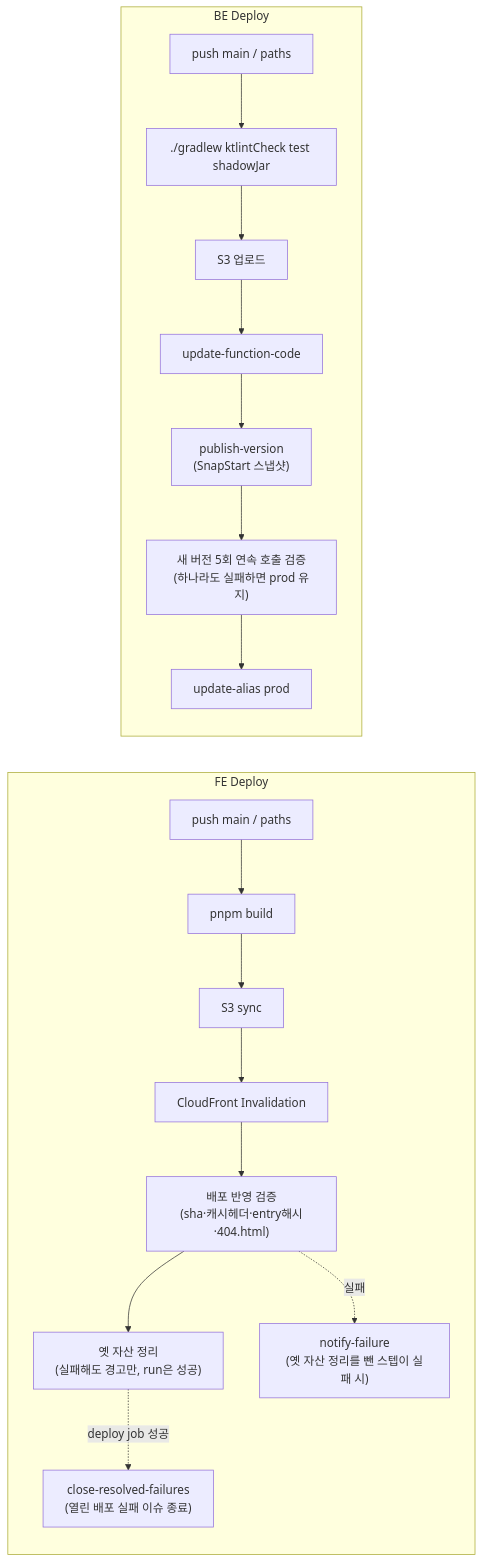
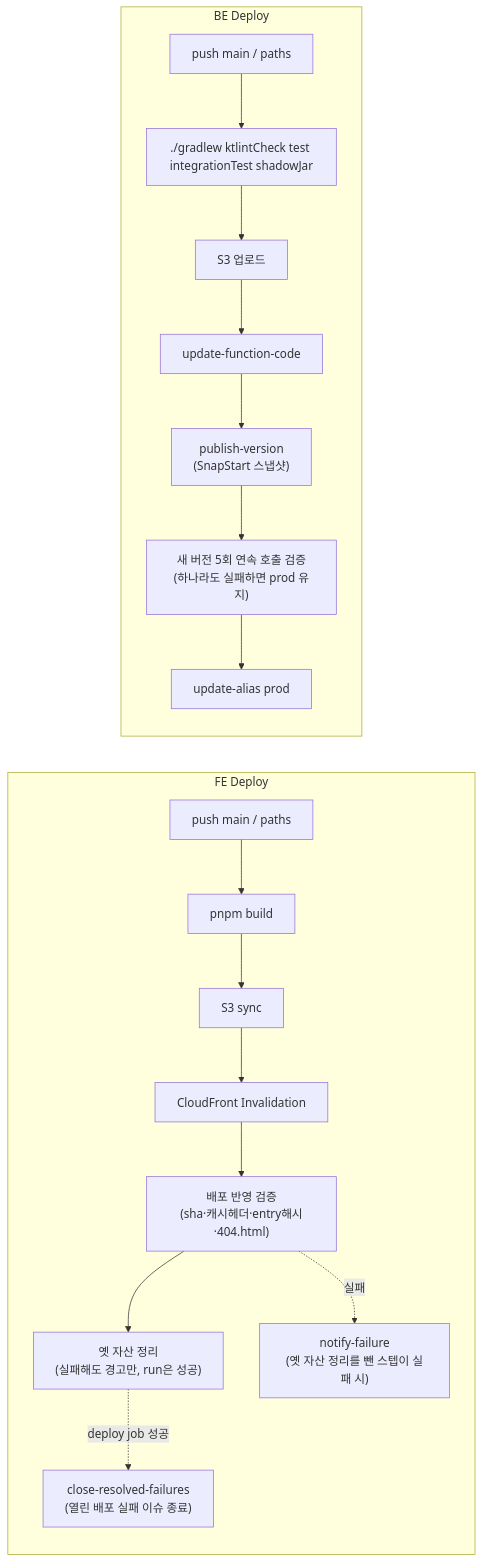
The second of 4 diagrams in docs/SYSTEM-ARCHITECTURE.md (BAECHAN/link-sphere_FE_NEW), drawn with Mermaid before and after one commit. The commit also changed other lines of this file and 1 other file, not shown here.

First line of the commit message:
docs(test): FE·BE 테스트 구성과 업계 기준 비교를 TESTING.md에 추가 (#464)

````diff
--- a/docs/SYSTEM-ARCHITECTURE.md
+++ b/docs/SYSTEM-ARCHITECTURE.md
@@ -128,26 +128,26 @@
 ```mermaid
 flowchart LR
   subgraph fe_deploy [FE Deploy]
     FE_Trigger["push main / paths"]
     FE_Build["pnpm build"]
     FE_S3["S3 sync"]
     FE_CF["CloudFront Invalidation"]
     FE_Verify["배포 반영 검증<br/>(sha·캐시헤더·entry해시·404.html)"]
     FE_Prune["옛 자산 정리<br/>(실패해도 경고만, run은 성공)"]
     FE_Notify["notify-failure<br/>(옛 자산 정리를 뺀 스텝이 실패 시)"]
     FE_Close["close-resolved-failures<br/>(열린 배포 실패 이슈 종료)"]
     FE_Trigger --> FE_Build --> FE_S3 --> FE_CF --> FE_Verify --> FE_Prune
     FE_Verify -.실패.-> FE_Notify
     FE_Prune -.->|deploy job 성공| FE_Close
   end
   subgraph be_deploy [BE Deploy]
     BE_Trigger["push main / paths"]
-    BE_Jar["./gradlew ktlintCheck test shadowJar"]
+    BE_Jar["./gradlew ktlintCheck test integrationTest shadowJar"]
     BE_S3["S3 업로드"]
     BE_Code["update-function-code"]
     BE_Ver["publish-version<br/>(SnapStart 스냅샷)"]
     BE_Gate["새 버전 5회 연속 호출 검증<br/>(하나라도 실패하면 prod 유지)"]
     BE_Alias["update-alias prod"]
     BE_Trigger --> BE_Jar --> BE_S3 --> BE_Code --> BE_Ver --> BE_Gate --> BE_Alias
   end
 ```
````
